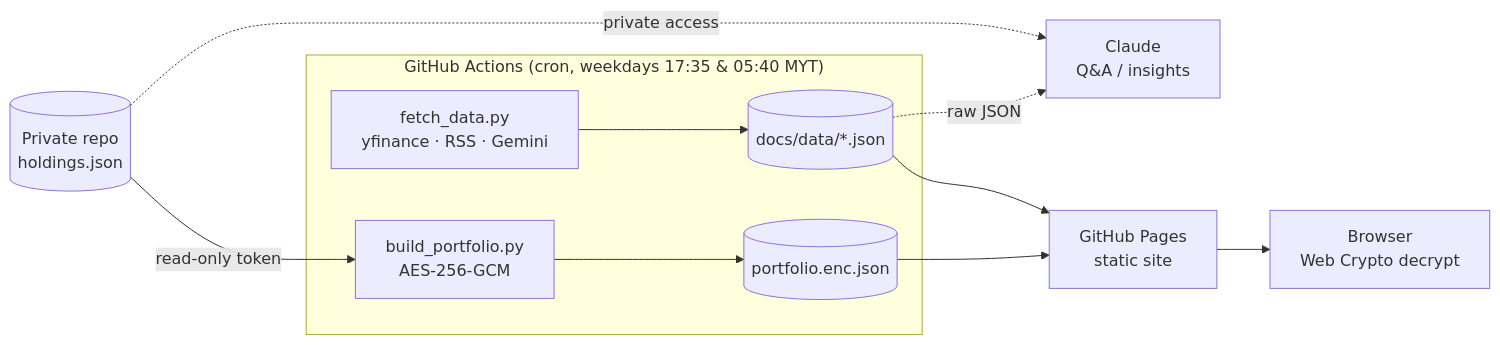
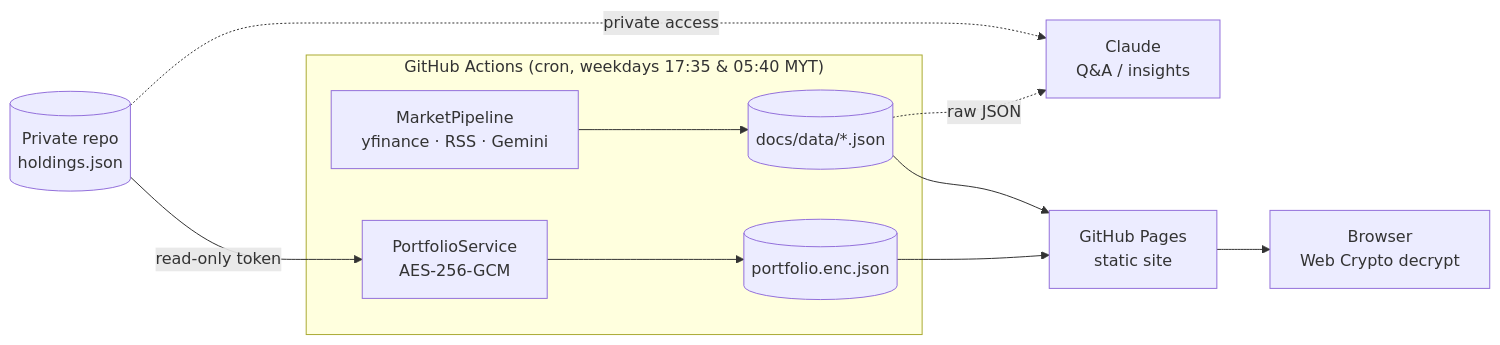
One commit to ericgwh0527/market-dashboard changed the diagram in README.md. Above: the diagram before and after it, drawn with Mermaid. The commit also changed other lines of this file and 56 other files, not shown here.

````diff
--- a/README.md
+++ b/README.md
@@ -19,13 +19,13 @@
 ```mermaid
 flowchart LR
   subgraph GH["GitHub Actions (cron, weekdays 17:35 & 05:40 MYT)"]
-    F[fetch_data.py<br/>yfinance · RSS · Gemini] --> J[(docs/data/*.json)]
-    P[build_portfolio.py<br/>AES-256-GCM] --> E[(portfolio.enc.json)]
+    F[MarketPipeline<br/>yfinance · RSS · Gemini] --> J[(docs/data/*.json)]
+    P[PortfolioService<br/>AES-256-GCM] --> E[(portfolio.enc.json)]
   end
   PR[(Private repo<br/>holdings.json)] -- read-only token --> P
   J --> Pages[GitHub Pages<br/>static site]
   E --> Pages
   Pages --> B[Browser<br/>Web Crypto decrypt]
   J -. raw JSON .-> C[Claude<br/>Q&A / insights]
   PR -. private access .-> C
 ```
````
